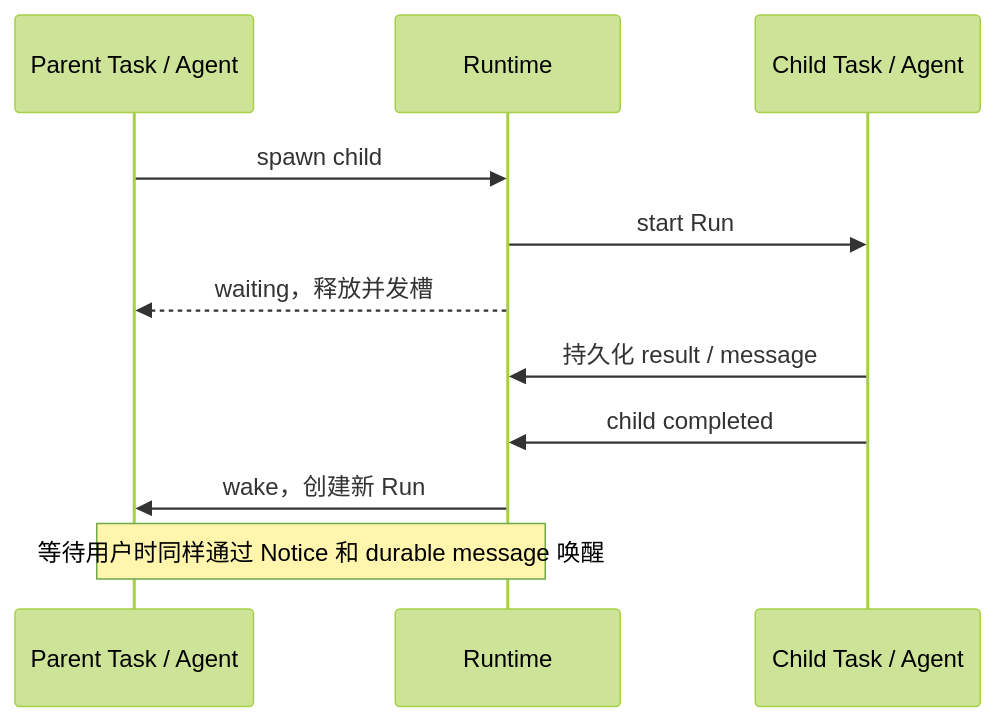
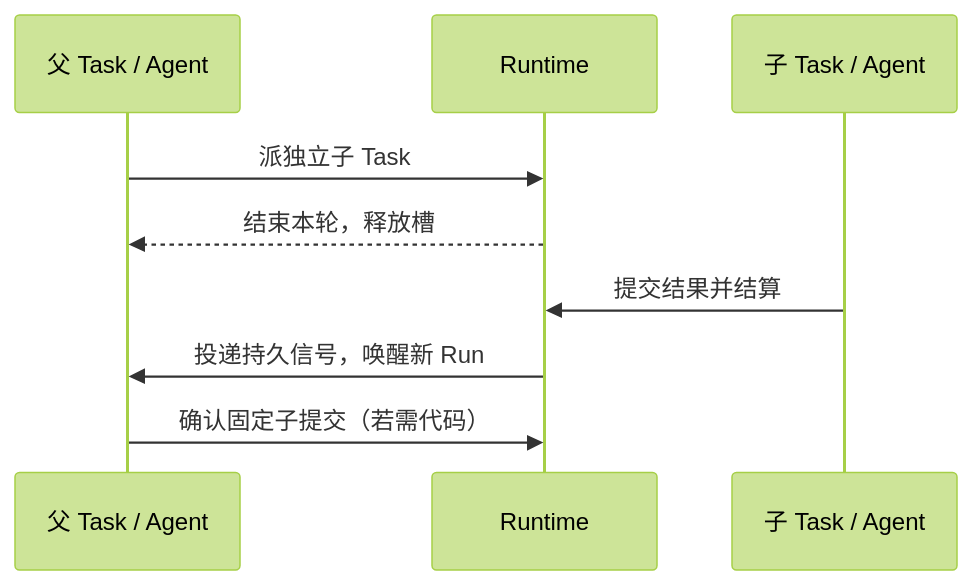
The diagram in docs/engineering/execution-model.md (Loyage/lush), drawn with Mermaid (forest theme) before and after one commit. The commit also changed other lines of this file and 29 other files, not shown here.

````diff
--- a/docs/engineering/execution-model.md
+++ b/docs/engineering/execution-model.md
@@ -21,13 +11,11 @@
 ```mermaid
 sequenceDiagram
-    participant P as Parent Task / Agent
+    participant P as 父 Task / Agent
     participant R as Runtime
-    participant C as Child Task / Agent
-    P->>R: spawn child
-    R->>C: start Run
-    R-->>P: waiting，释放并发槽
-    C->>R: 持久化 result / message
-    C->>R: child completed
-    R->>P: wake，创建新 Run
-    Note over P,R: 等待用户时同样通过 Notice 和 durable message 唤醒
+    participant C as 子 Task / Agent
+    P->>R: 派独立子 Task
+    R-->>P: 结束本轮，释放槽
+    C->>R: 提交结果并结算
+    R->>P: 投递持久信号，唤醒新 Run
+    P->>R: 确认固定子提交（若需代码）
 ```
````
